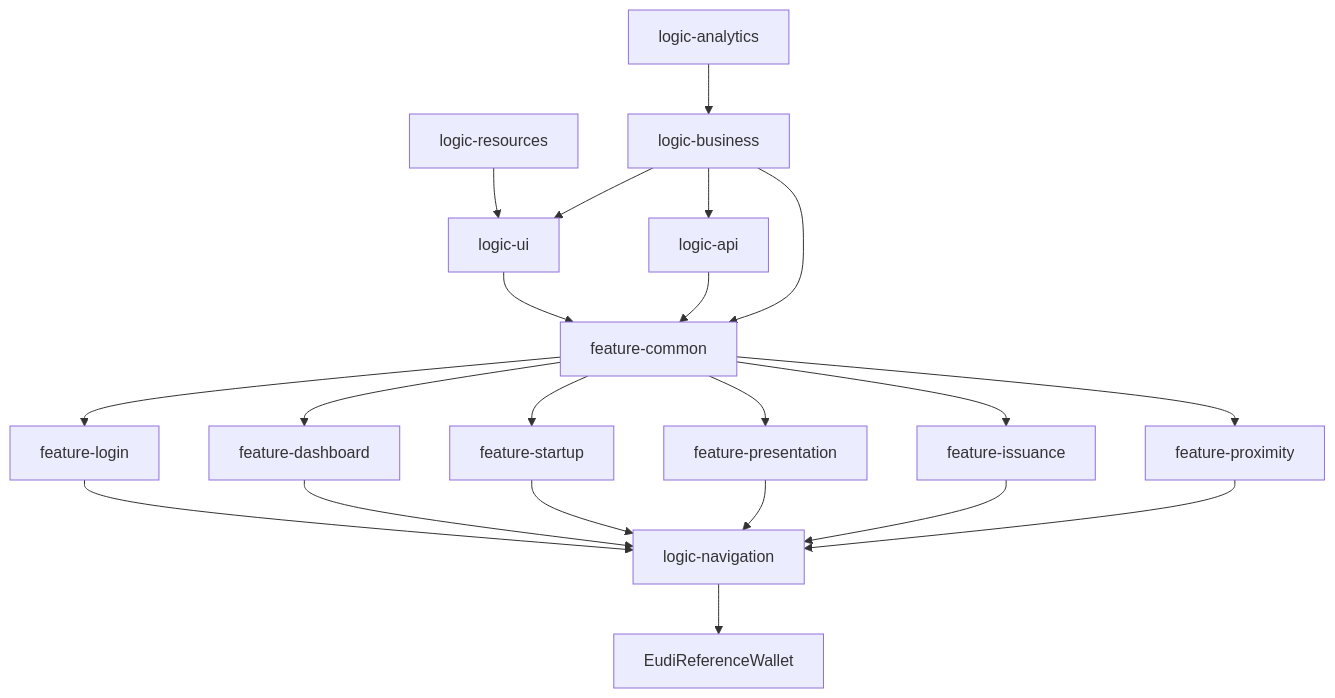
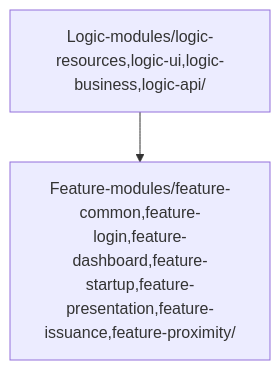
Before and after one commit to eu-digital-identity-wallet/eudi-app-ios-wallet-ui: the diagram in README.md, drawn with Mermaid. The commit also changed other lines of this file, not shown here.

Commit message:
[fix] readme updates

````diff
--- a/README.md
+++ b/README.md
@@ -184,27 +186,4 @@
 ```mermaid
 graph TD;
-    logic-resources-->logic-ui;
-    logic-analytics-->logic-business;
-    logic-business-->logic-ui;
-    logic-business-->logic-api;
-    
-    logic-business-->feature-common;
-    logic-ui-->feature-common;
-    logic-api-->feature-common;
-
-    feature-common-->feature-login;
-    feature-common-->feature-dashboard;
-    feature-common-->feature-startup;
-    feature-common-->feature-presentation;
-    feature-common-->feature-issuance;
-    feature-common-->feature-proximity;
-
-    feature-login-->logic-navigation;
-    feature-dashboard-->logic-navigation;
-    feature-startup-->logic-navigation;
-    feature-presentation-->logic-navigation;
-    feature-issuance-->logic-navigation;
-    feature-proximity-->logic-navigation;
-
-    logic-navigation-->EudiReferenceWallet;
+    Logic-modules/logic-resources,logic-ui,logic-business,logic-api/-->Feature-modules/feature-common,feature-login,feature-dashboard,feature-startup,feature-presentation,feature-issuance,feature-proximity/;
 ```
````
